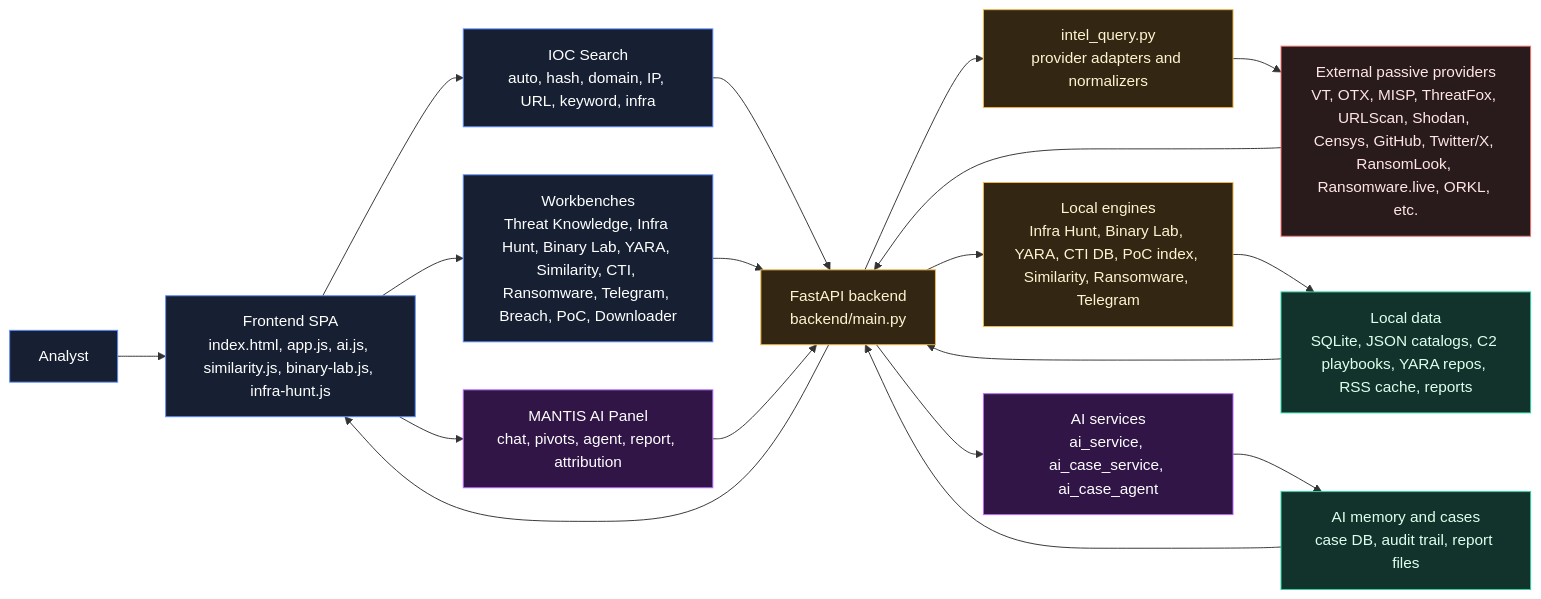
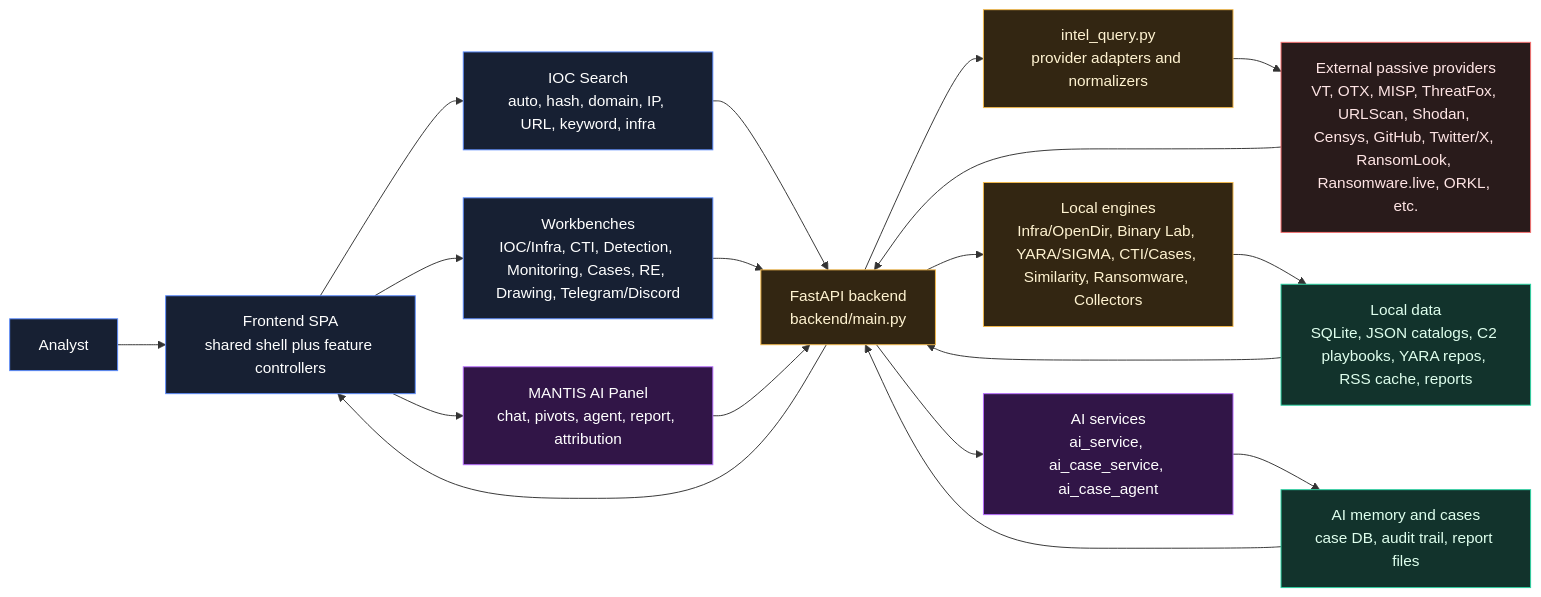
One commit to fareedfauzi/MANTIS changed the first of 3 diagrams in README.md. Above: the diagram before and after it, drawn with Mermaid. The commit also changed other lines of this file and 1 other file, not shown here.

````diff
--- a/README.md
+++ b/README.md
@@ -58,30 +50,30 @@
 ```mermaid
 flowchart LR
     classDef ui fill:#172033,stroke:#5b8cff,color:#ffffff
     classDef api fill:#332612,stroke:#f2b84b,color:#fff3d1
     classDef ai fill:#311547,stroke:#b76cff,color:#ffffff
     classDef data fill:#12332c,stroke:#2bd4a3,color:#dfffee
     classDef ext fill:#291b1b,stroke:#f87171,color:#ffe5e5
 
-    User["Analyst"]:::ui --> UI["Frontend SPA<br/>index.html, app.js, ai.js, similarity.js, binary-lab.js, infra-hunt.js"]:::ui
+    User["Analyst"]:::ui --> UI["Frontend SPA<br/>shared shell plus feature controllers"]:::ui
     UI --> Search["IOC Search<br/>auto, hash, domain, IP, URL, keyword, infra"]:::ui
-    UI --> Modules["Workbenches<br/>Threat Knowledge, Infra Hunt, Binary Lab, YARA, Similarity, CTI, Ransomware, Telegram, Breach, PoC, Downloader"]:::ui
+    UI --> Modules["Workbenches<br/>IOC/Infra, CTI, Detection, Monitoring, Cases, RE, Drawing, Telegram/Discord"]:::ui
     UI --> AIPanel["MANTIS AI Panel<br/>chat, pivots, agent, report, attribution"]:::ai
 
     Search --> API["FastAPI backend<br/>backend/main.py"]:::api
     Modules --> API
     AIPanel --> API
 
     API --> Intel["intel_query.py<br/>provider adapters and normalizers"]:::api
-    API --> LocalEngines["Local engines<br/>Infra Hunt, Binary Lab, YARA, CTI DB, PoC index, Similarity, Ransomware, Telegram"]:::api
+    API --> LocalEngines["Local engines<br/>Infra/OpenDir, Binary Lab, YARA/SIGMA, CTI/Cases, Similarity, Ransomware, Collectors"]:::api
     API --> AIServices["AI services<br/>ai_service, ai_case_service, ai_case_agent"]:::ai
 
     Intel --> Providers["External passive providers<br/>VT, OTX, MISP, ThreatFox, URLScan, Shodan, Censys, GitHub, Twitter/X, RansomLook, Ransomware.live, ORKL, etc."]:::ext
     LocalEngines --> Stores["Local data<br/>SQLite, JSON catalogs, C2 playbooks, YARA repos, RSS cache, reports"]:::data
     AIServices --> AIStores["AI memory and cases<br/>case DB, audit trail, report files"]:::data
 
     Providers --> API
     Stores --> API
     AIStores --> API
     API --> UI
 ```
````
